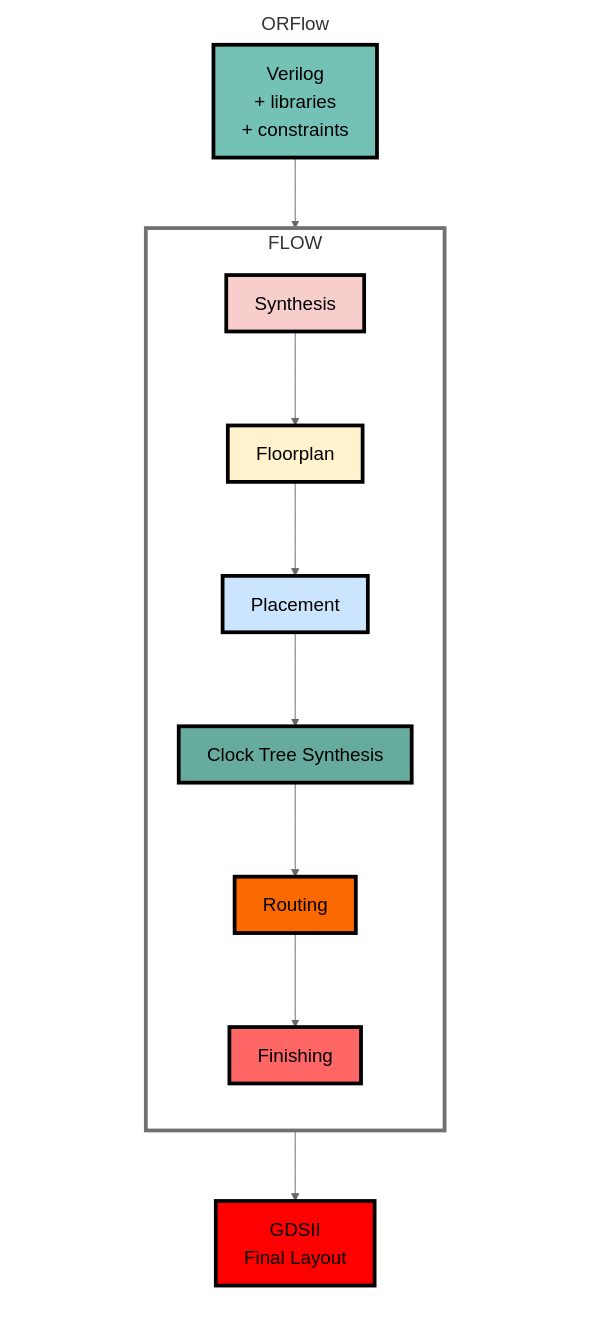
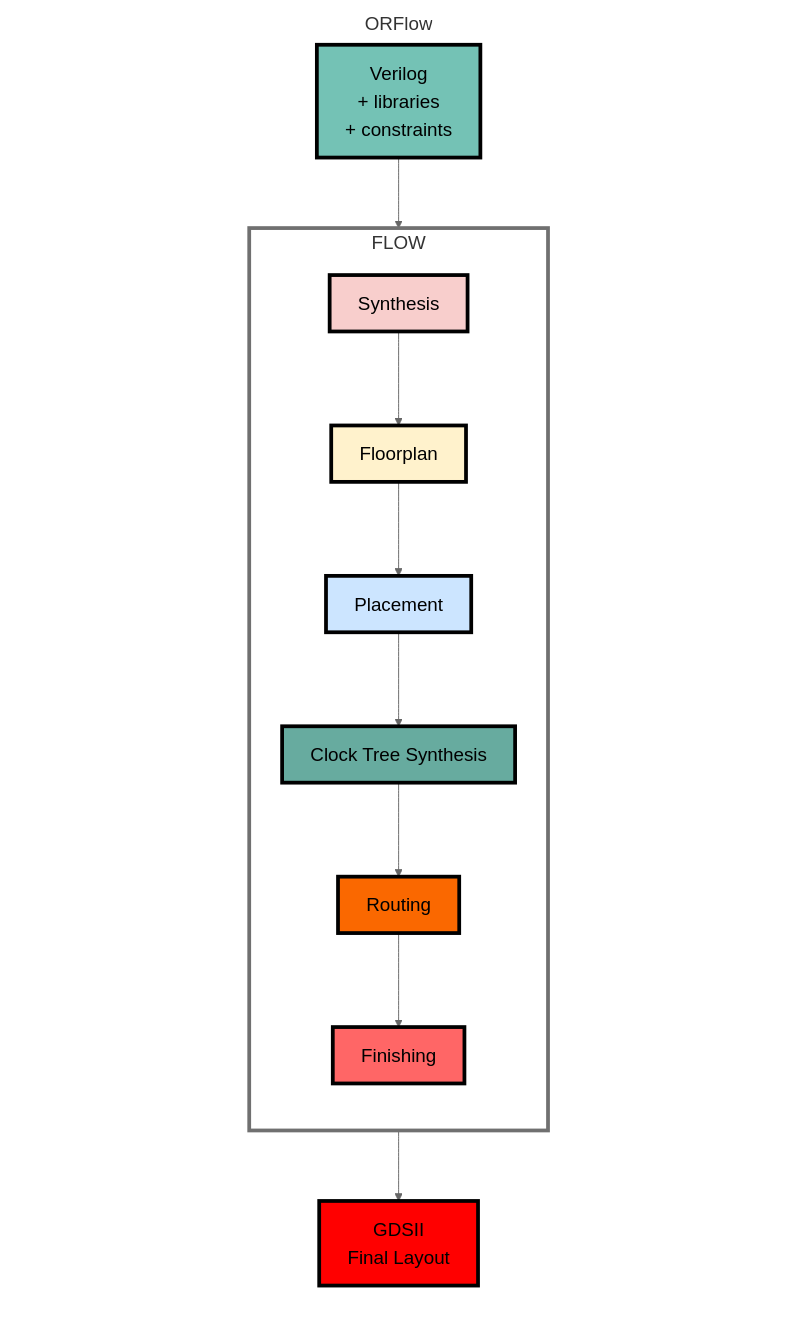
Before and after one commit to The-OpenROAD-Project/OpenROAD: the first of 2 diagrams in README.md, drawn with Mermaid.

Commit message:
try scale image down further

````diff
--- a/README.md
+++ b/README.md
@@ -15,47 +15,51 @@
 ```mermaid
 %%{
   init: {
     'theme': 'neutral',
     'themeVariables': {
       'textColor': '#000000',
       'noteTextColor' : '#000000',
       'fontSize': '20px'
     }
   }
 }%%
 
 flowchart LR
-    b1[ ] --- ORFlow --- b2[ ]
+    b0[ ] --- b1[ ] --- ORFlow --- b2[ ] --- b3[ ]
+    style b0 stroke-width:0px, fill: #FFFFFF00
     style b1 stroke-width:0px, fill: #FFFFFF00
     style b2 stroke-width:0px, fill: #FFFFFF00
+    style b3 stroke-width:0px, fill: #FFFFFF00
     linkStyle 0 stroke-width:0px
     linkStyle 1 stroke-width:0px
+    linkStyle 2 stroke-width:0px
+    linkStyle 3 stroke-width:0px
 
 
     subgraph ORFlow
     direction TB
     style ORFlow fill:#ffffff00, stroke-width:0px
         A[Verilog\n+ libraries\n + constraints] --> FLOW
         style A fill:#74c2b5,stroke:#000000,stroke-width:4px
         subgraph FLOW
         style FLOW fill:#FFFFFF00,stroke-width:4px
 
         direction TB
             B[Synthesis]
             B --> C[Floorplan]
             C --> D[Placement]
             D --> E[Clock Tree Synthesis]
             E --> F[Routing]
             F --> G[Finishing]
             style B fill:#f8cecc,stroke:#000000,stroke-width:4px
             style C fill:#fff2cc,stroke:#000000,stroke-width:4px
             style D fill:#cce5ff,stroke:#000000,stroke-width:4px
             style E fill:#67ab9f,stroke:#000000,stroke-width:4px
             style F fill:#fa6800,stroke:#000000,stroke-width:4px
             style G fill:#ff6666,stroke:#000000,stroke-width:4px
         end
 
         FLOW --> H[GDSII\n Final Layout]
         style H fill:#ff0000,stroke:#000000,stroke-width:4px
     end
 ```
````
